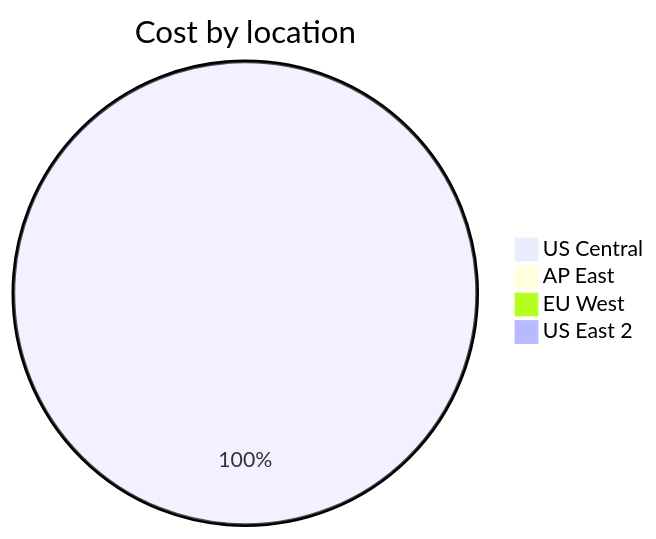
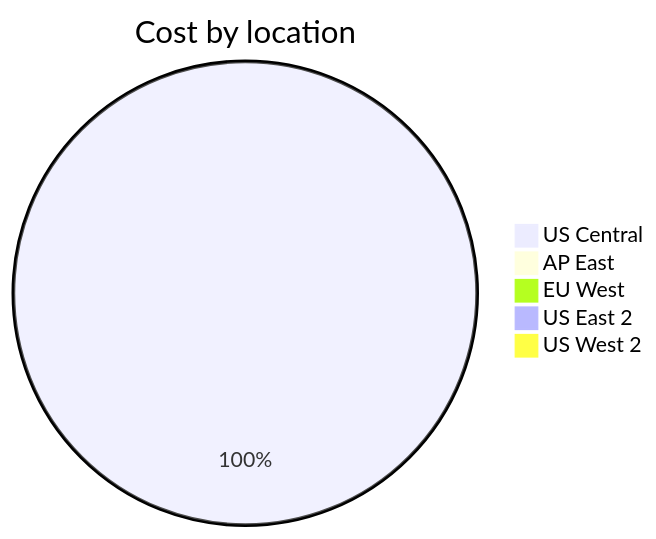
Before and after one commit to jpfulton/azure-personal-reports: the third of 4 diagrams in cost-reports/personal-site/personal-site-preview.md, drawn with Mermaid. The commit also changed other lines of this file and 6 other files, not shown here.

````diff
--- a/cost-reports/personal-site/personal-site-preview.md
+++ b/cost-reports/personal-site/personal-site-preview.md
@@ -110,8 +111,9 @@
 ```mermaid
 pie
    title Cost by location
-   "US Central" : 5.84
+   "US Central" : 6.10
    "AP East" : 0.00
    "EU West" : 0.00
    "US East 2" : 0.00
+   "US West 2" : 0.00
 ```
````
